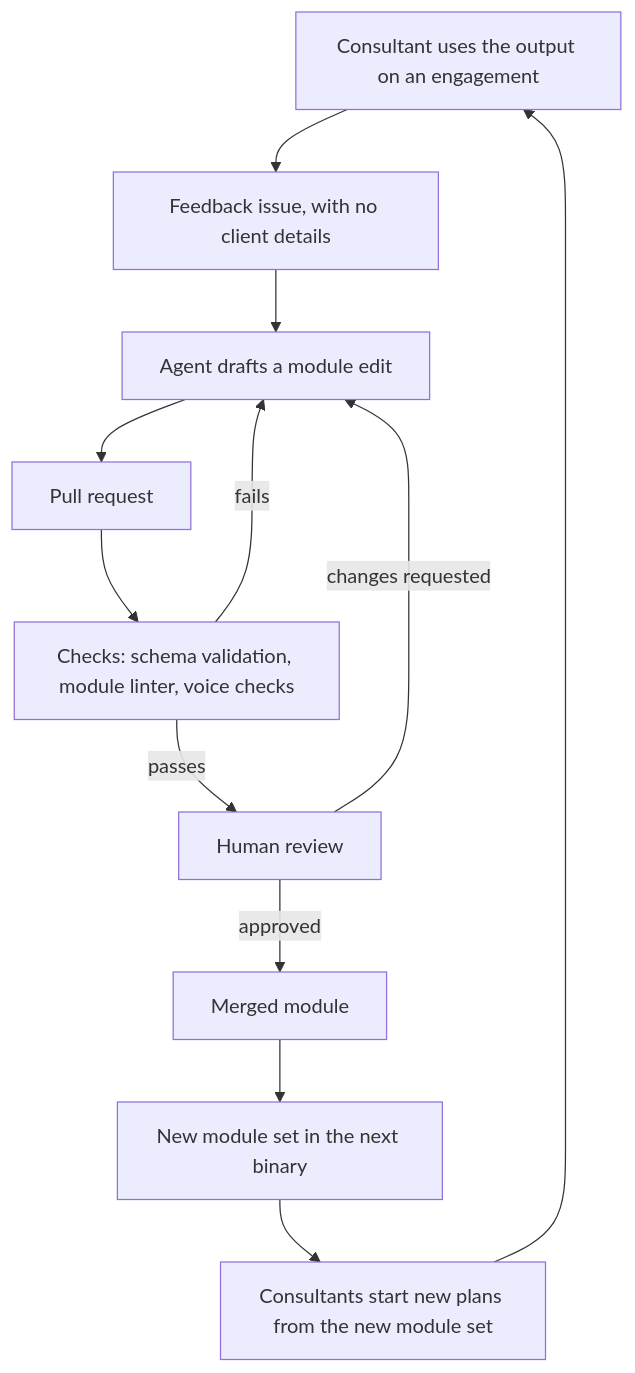
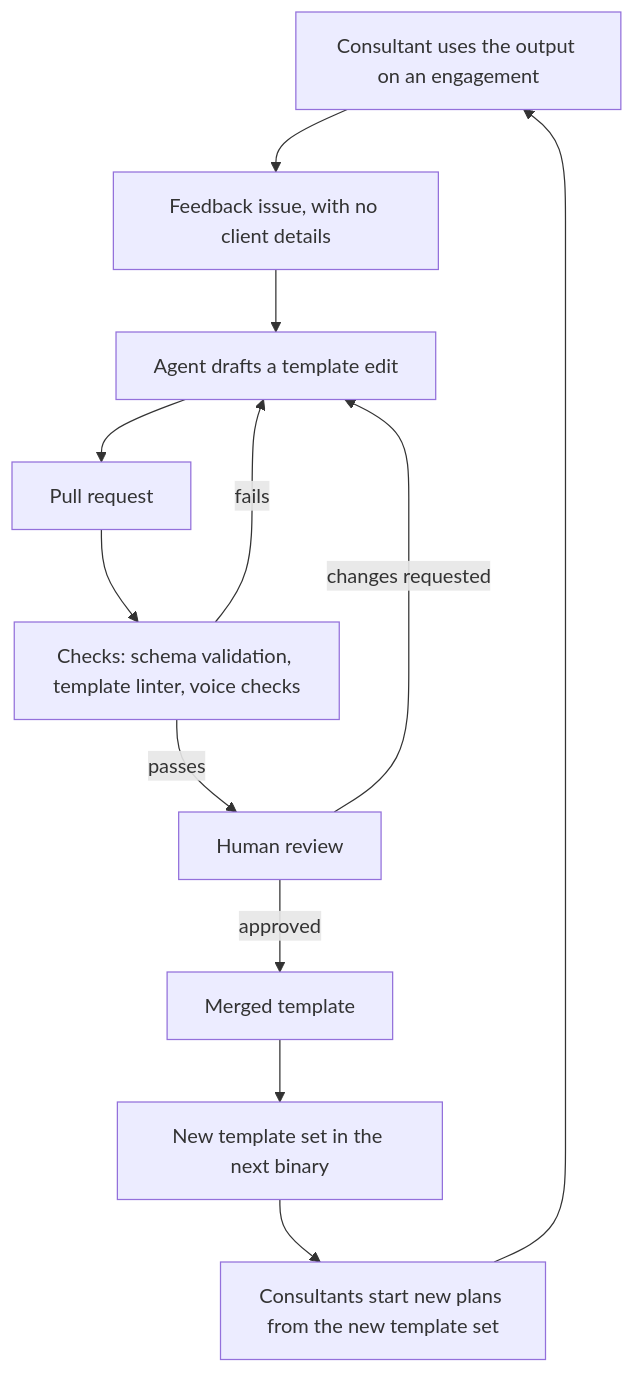
The diagram in docs/architecture/authoring-loop.md (8thlight-daveloper/onboard-kit), drawn with Mermaid before and after one commit. The commit also changed other lines of this file and 22 other files, not shown here.

Commit message:
Rename module to section template and the module loader to the section loader

````diff
--- a/docs/architecture/authoring-loop.md
+++ b/docs/architecture/authoring-loop.md
@@ -7,24 +7,24 @@
 ```mermaid
 flowchart TB
     use["Consultant uses the output on an engagement"]
     feedback["Feedback issue, with no client details"]
-    draft["Agent drafts a module edit"]
+    draft["Agent drafts a template edit"]
     pr["Pull request"]
-    checks["Checks: schema validation, module linter, voice checks"]
+    checks["Checks: schema validation, template linter, voice checks"]
     review["Human review"]
-    merge["Merged module"]
-    release["New module set in the next binary"]
-    regen["Consultants start new plans from the new module set"]
+    merge["Merged template"]
+    release["New template set in the next binary"]
+    regen["Consultants start new plans from the new template set"]
 
     use --> feedback
     feedback --> draft
     draft --> pr
     pr --> checks
     checks -->|fails| draft
     checks -->|passes| review
     review -->|changes requested| draft
     review -->|approved| merge
     merge --> release
     release --> regen
     regen --> use
 ```
````
